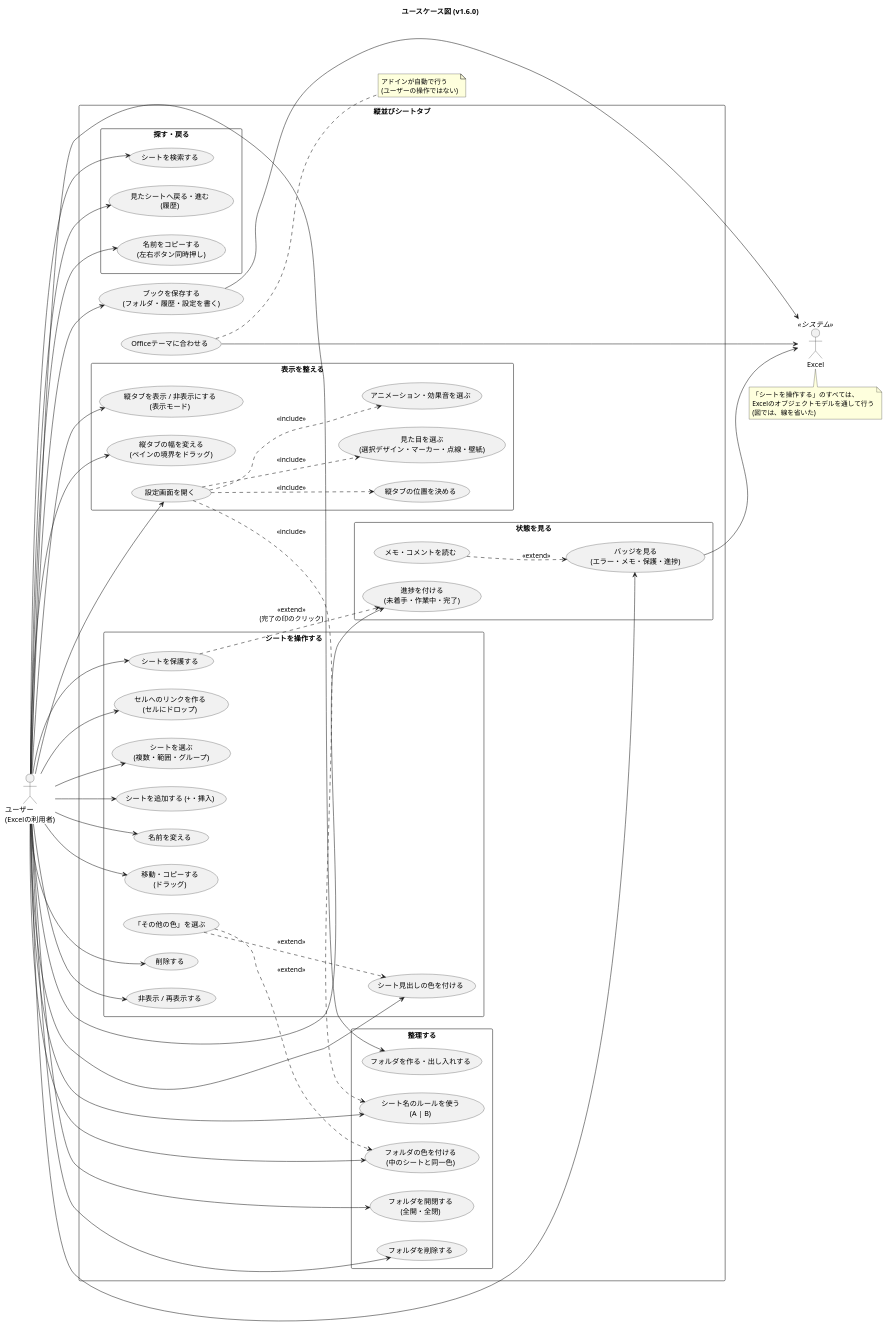
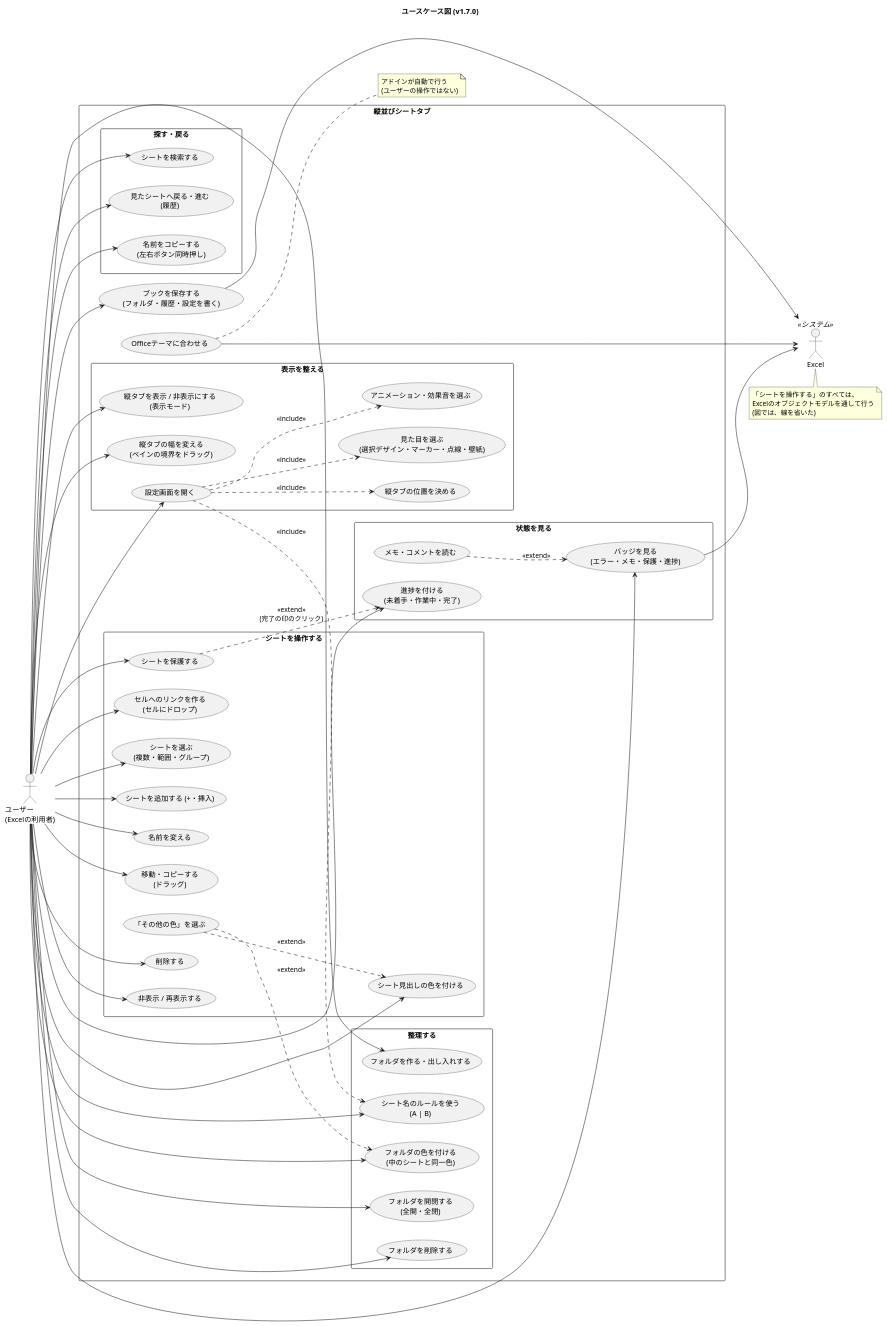
The diagram in docs/usecase.puml (nk-taka623/VerticalSheetTabs), drawn with PlantUML before and after one commit. The commit also changed 15 other files, not shown here.

Commit message:
v1.7.0 にする: 版数、README の変更点、図、設定画面の画像を更新する

```diff
--- a/docs/usecase.puml
+++ b/docs/usecase.puml
@@ -1,105 +1,105 @@
 @startuml
-title ユースケース図 (v1.6.0)
+title ユースケース図 (v1.7.0)
 left to right direction
 skinparam shadowing false
 skinparam packageStyle rectangle
 
 actor "ユーザー\n(Excelの利用者)" as U
 actor "Excel" as XL <<システム>>
 
 rectangle "縦並びシートタブ" {
 
   package "シートを操作する" {
     usecase "シートを選ぶ\n(複数・範囲・グループ)" as UC_SEL
     usecase "シートを追加する (+・挿入)" as UC_ADD
     usecase "名前を変える" as UC_REN
     usecase "移動・コピーする\n(ドラッグ)" as UC_MOVE
     usecase "削除する" as UC_DEL
     usecase "非表示 / 再表示する" as UC_HIDE
     usecase "シート見出しの色を付ける" as UC_COLOR
     usecase "「その他の色」を選ぶ" as UC_MORE
     usecase "シートを保護する" as UC_PROT
     usecase "セルへのリンクを作る\n(セルにドロップ)" as UC_LINK
   }
 
   package "整理する" {
     usecase "フォルダを作る・出し入れする" as UC_FOLDER
     usecase "フォルダを開閉する\n(全開・全閉)" as UC_TOGGLE
     usecase "フォルダの色を付ける\n(中のシートと同一色)" as UC_FCOLOR
     usecase "フォルダを削除する" as UC_FDEL
     usecase "シート名のルールを使う\n(A | B)" as UC_RULE
   }
 
   package "探す・戻る" {
     usecase "シートを検索する" as UC_SEARCH
     usecase "見たシートへ戻る・進む\n(履歴)" as UC_HIST
     usecase "名前をコピーする\n(左右ボタン同時押し)" as UC_COPY
   }
 
   package "状態を見る" {
     usecase "バッジを見る\n(エラー・メモ・保護・進捗)" as UC_BADGE
     usecase "メモ・コメントを読む" as UC_MEMO
     usecase "進捗を付ける\n(未着手・作業中・完了)" as UC_PROG
   }
 
   package "表示を整える" {
     usecase "縦タブを表示 / 非表示にする\n(表示モード)" as UC_MODE
     usecase "縦タブの位置を決める" as UC_SIDE
     usecase "縦タブの幅を変える\n(ペインの境界をドラッグ)" as UC_WIDTH
     usecase "設定画面を開く" as UC_SET
     usecase "見た目を選ぶ\n(選択デザイン・マーカー・点線・壁紙)" as UC_LOOK
     usecase "アニメーション・効果音を選ぶ" as UC_ANIM
   }
 
   usecase "ブックを保存する\n(フォルダ・履歴・設定を書く)" as UC_SAVE
   usecase "Officeテーマに合わせる" as UC_THEME
 }
 
 U --> UC_SEL
 U --> UC_ADD
 U --> UC_REN
 U --> UC_MOVE
 U --> UC_DEL
 U --> UC_HIDE
 U --> UC_COLOR
 U --> UC_PROT
 U --> UC_LINK
 U --> UC_FOLDER
 U --> UC_TOGGLE
 U --> UC_FCOLOR
 U --> UC_FDEL
 U --> UC_RULE
 U --> UC_SEARCH
 U --> UC_HIST
 U --> UC_COPY
 U --> UC_BADGE
 U --> UC_PROG
 U --> UC_MODE
 U --> UC_WIDTH
 U --> UC_SET
 U --> UC_SAVE
 
 UC_MORE ..> UC_COLOR : <<extend>>
 UC_MORE ..> UC_FCOLOR : <<extend>>
 UC_MEMO ..> UC_BADGE : <<extend>>
 UC_PROT ..> UC_PROG : <<extend>>\n(完了の印のクリック)
 UC_SET ..> UC_SIDE : <<include>>
 UC_SET ..> UC_LOOK : <<include>>
 UC_SET ..> UC_ANIM : <<include>>
 UC_SET ..> UC_RULE : <<include>>
 
 UC_SAVE --> XL
 UC_THEME --> XL
 UC_BADGE --> XL
 
 note bottom of XL
   「シートを操作する」のすべては、
   Excelのオブジェクトモデルを通して行う
   (図では、線を省いた)
 end note
 
 note right of UC_THEME
   アドインが自動で行う
   (ユーザーの操作ではない)
 end note
 @enduml
```
